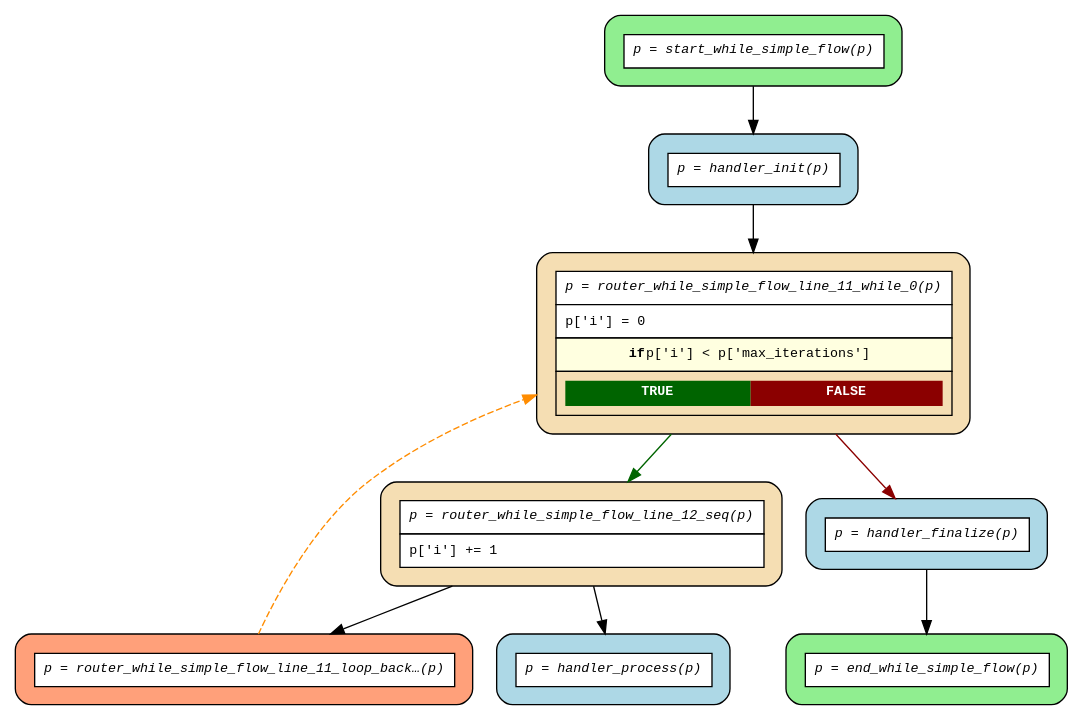
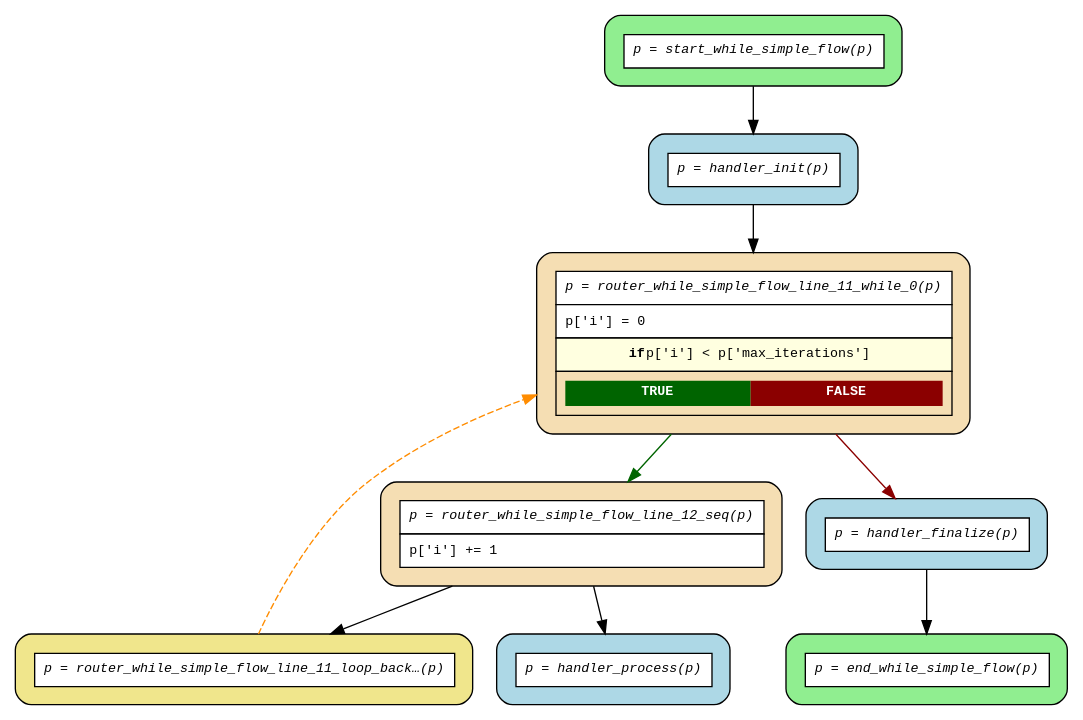
Before and after one commit to deliveryhero/asya: the diagram in examples/flows/compiled/while_simple/flow.dot, drawn with Graphviz. The commit also changed 26 other files, not shown here.

First line of the commit message:
fix(flow): fix DOT graph spurious edges and loop-back router color

```diff
--- a/examples/flows/compiled/while_simple/flow.dot
+++ b/examples/flows/compiled/while_simple/flow.dot
@@ -1,24 +1,24 @@
 digraph flow {
   rankdir=TB;
   graph [fontname="Courier", fontsize=10];
   node [fontname="Courier", fontsize=10, shape=box, style="filled,rounded", margin="0.2"];
   edge [fontname="Courier", fontsize=10];
 
   start_while_simple_flow [fillcolor="lightgreen", label=<<table border="0" cellspacing="0" cellpadding="6" cellborder="1"><tr><td bgcolor="white" align="center"><i>p = start_while_simple_flow(p)</i></td></tr></table>>];
   router_while_simple_flow_line_12_seq [fillcolor="wheat", label=<<table border="0" cellspacing="0" cellpadding="6" cellborder="1"><tr><td bgcolor="white" align="center"><i>p = router_while_simple_flow_line_12_seq(p)</i></td></tr><tr><td bgcolor="white" align="left">p['i'] += 1</td></tr></table>>];
-  router_while_simple_flow_line_11_loop_back_0 [fillcolor="lightsalmon", label=<<table border="0" cellspacing="0" cellpadding="6" cellborder="1"><tr><td bgcolor="white" align="center"><i>p = router_while_simple_flow_line_11_loop_back…(p)</i></td></tr></table>>];
+  router_while_simple_flow_line_11_loop_back_0 [fillcolor="khaki", label=<<table border="0" cellspacing="0" cellpadding="6" cellborder="1"><tr><td bgcolor="white" align="center"><i>p = router_while_simple_flow_line_11_loop_back…(p)</i></td></tr></table>>];
   router_while_simple_flow_line_11_while_0 [fillcolor="wheat", label=<<table border="0" cellspacing="0" cellpadding="6" cellborder="1"><tr><td bgcolor="white" align="center"><i>p = router_while_simple_flow_line_11_while_0(p)</i></td></tr><tr><td bgcolor="white" align="left">p['i'] = 0</td></tr><tr><td bgcolor="lightyellow"><b>if</b> p['i'] &lt; p['max_iterations']</td></tr><tr><td><table border="0" cellspacing="0" cellpadding="4"><tr><td bgcolor="darkgreen"><font color="white"><b>TRUE</b></font></td><td bgcolor="darkred"><font color="white"><b>FALSE</b></font></td></tr></table></td></tr></table>>];
   end_while_simple_flow [fillcolor="lightgreen", label=<<table border="0" cellspacing="0" cellpadding="6" cellborder="1"><tr><td bgcolor="white" align="center"><i>p = end_while_simple_flow(p)</i></td></tr></table>>];
   handler_finalize [fillcolor="lightblue", label=<<table border="0" cellspacing="0" cellpadding="6" cellborder="1"><tr><td bgcolor="white" align="center"><i>p = handler_finalize(p)</i></td></tr></table>>];
   handler_init [fillcolor="lightblue", label=<<table border="0" cellspacing="0" cellpadding="6" cellborder="1"><tr><td bgcolor="white" align="center"><i>p = handler_init(p)</i></td></tr></table>>];
   handler_process [fillcolor="lightblue", label=<<table border="0" cellspacing="0" cellpadding="6" cellborder="1"><tr><td bgcolor="white" align="center"><i>p = handler_process(p)</i></td></tr></table>>];
 
   handler_finalize -> end_while_simple_flow;
   handler_init -> router_while_simple_flow_line_11_while_0;
   router_while_simple_flow_line_11_loop_back_0 -> router_while_simple_flow_line_11_while_0 [style=dashed, color=darkorange, constraint=false];
   router_while_simple_flow_line_11_while_0 -> handler_finalize [color=darkred];
   router_while_simple_flow_line_11_while_0 -> router_while_simple_flow_line_12_seq [color=darkgreen];
   router_while_simple_flow_line_12_seq -> handler_process;
   router_while_simple_flow_line_12_seq -> router_while_simple_flow_line_11_loop_back_0;
   start_while_simple_flow -> handler_init;
 }
```
